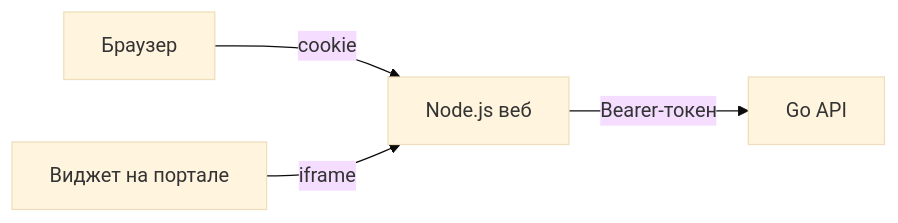
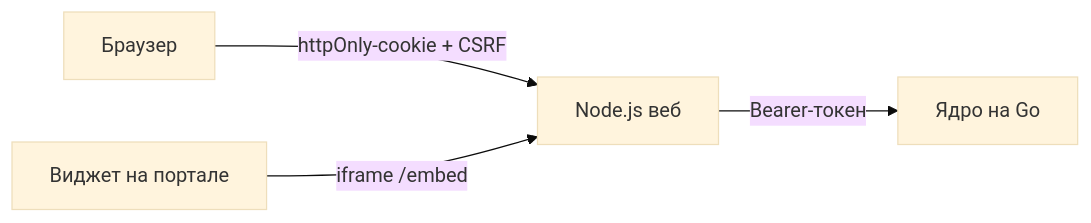
Before and after one commit to zlaya-it-clinika/DocsSearch: the diagram in source/web/README.md, drawn with Mermaid (base theme). The commit also changed other lines of this file and 4 other files, not shown here.

````diff
--- a/source/web/README.md
+++ b/source/web/README.md
@@ -28,6 +33,6 @@
 ```mermaid
 flowchart LR
-  browser[Браузер] -->|cookie| web[Node.js веб]
-  widget[Виджет на портале] -->|iframe| web
-  web -->|Bearer-токен| core[Go API]
+  browser[Браузер] -->|httpOnly-cookie + CSRF| web[Node.js веб]
+  widget[Виджет на портале] -->|iframe /embed| web
+  web -->|Bearer-токен| core[Ядро на Go]
 ```
````
